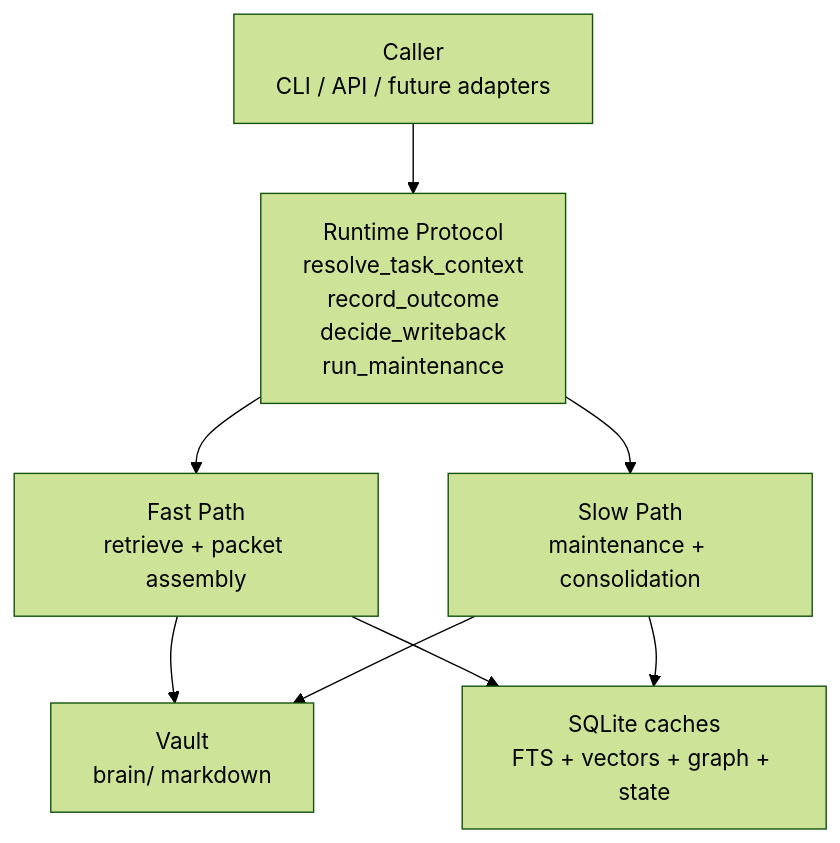
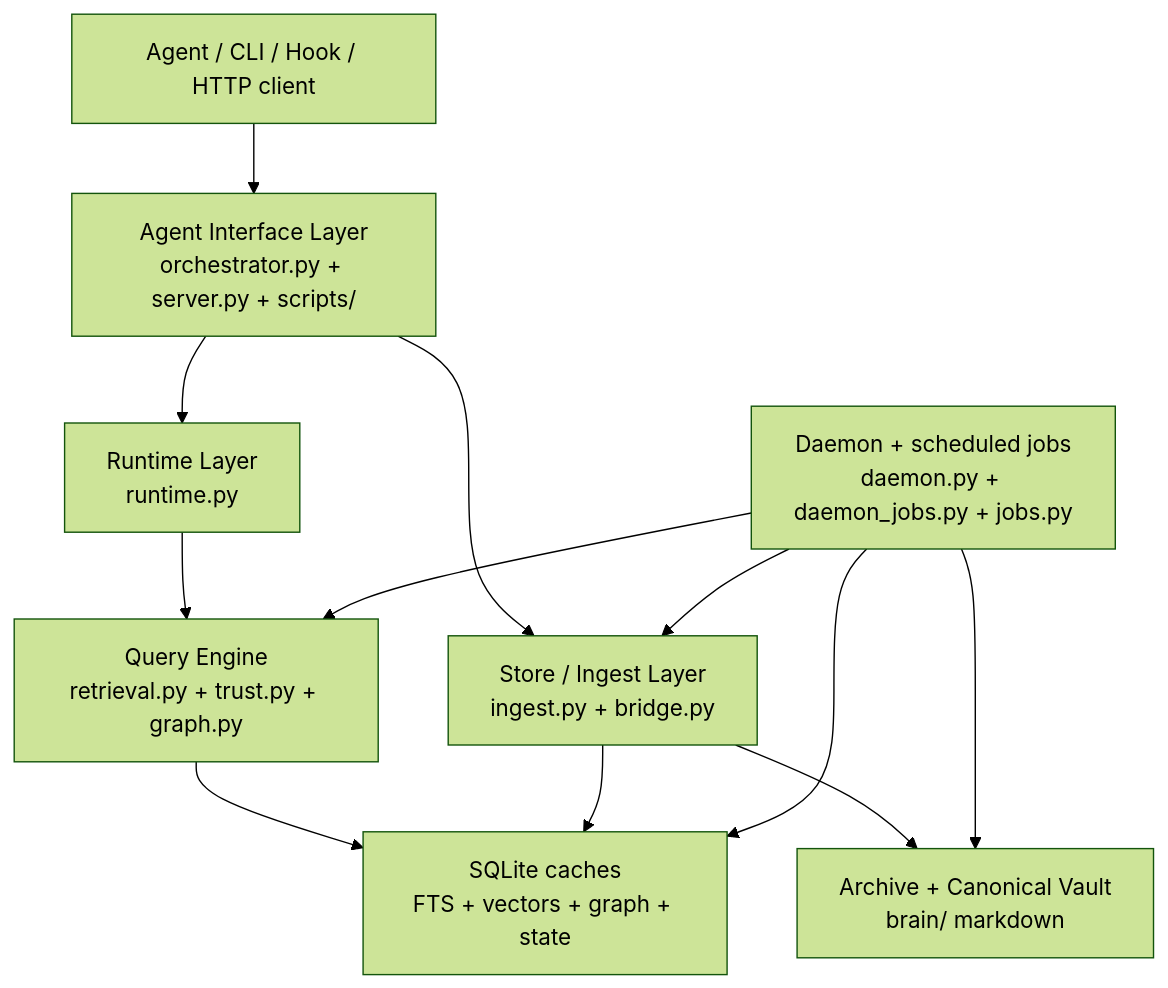
Before and after one commit to Jianyu010/MnemonicOS: the first of 5 diagrams in README.md, drawn with Mermaid (forest theme). The commit also changed other lines of this file and 38 other files, not shown here.

Commit message:
Update README for orchestrator and daemon architecture

````diff
--- a/README.md
+++ b/README.md
@@ -17,10 +9,14 @@
 ```mermaid
 flowchart TD
-    A["Caller<br/>CLI / API / future adapters"] --> B["Runtime Protocol<br/>resolve_task_context<br/>record_outcome<br/>decide_writeback<br/>run_maintenance"]
-    B --> C["Fast Path<br/>retrieve + packet assembly"]
-    B --> D["Slow Path<br/>maintenance + consolidation"]
-    C --> E["Vault<br/>brain/ markdown"]
-    C --> F["SQLite caches<br/>FTS + vectors + graph + state"]
-    D --> E
-    D --> F
+    A["Agent / CLI / Hook / HTTP client"] --> B["Agent Interface Layer<br/>orchestrator.py + server.py + scripts/"]
+    B --> C["Runtime Layer<br/>runtime.py"]
+    C --> D["Query Engine<br/>retrieval.py + trust.py + graph.py"]
+    B --> E["Store / Ingest Layer<br/>ingest.py + bridge.py"]
+    E --> F["Archive + Canonical Vault<br/>brain/ markdown"]
+    D --> G["SQLite caches<br/>FTS + vectors + graph + state"]
+    E --> G
+    H["Daemon + scheduled jobs<br/>daemon.py + daemon_jobs.py + jobs.py"] --> E
+    H --> D
+    H --> F
+    H --> G
 ```
````
